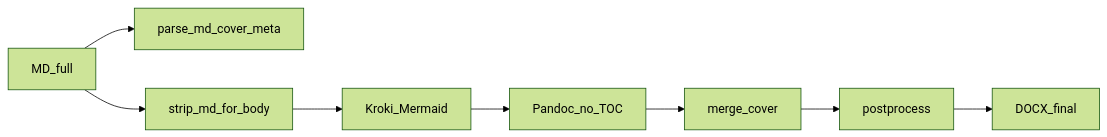
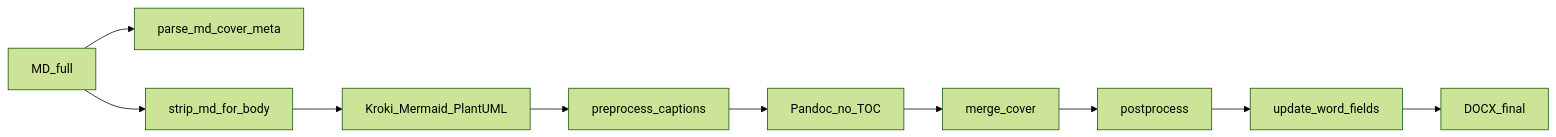
One commit to Agengkurnia/FSD-Generator-Engine changed the second of 2 diagrams in docs/STANDARD-FSD-GENERATION.md. Above: the diagram before and after it, drawn with Mermaid (forest theme). The commit also changed other lines of this file and 22 other files, not shown here.

````diff
--- a/docs/STANDARD-FSD-GENERATION.md
+++ b/docs/STANDARD-FSD-GENERATION.md
@@ -294,10 +415,12 @@
 ```mermaid
 flowchart LR
     A[MD_full] --> B[parse_md_cover_meta]
     A --> C[strip_md_for_body]
-    C --> D[Kroki_Mermaid]
-    D --> E[Pandoc_no_TOC]
-    E --> F[merge_cover]
-    F --> G[postprocess]
-    G --> H[DOCX_final]
+    C --> D[Kroki_Mermaid_PlantUML]
+    D --> E[preprocess_captions]
+    E --> F[Pandoc_no_TOC]
+    F --> G[merge_cover]
+    G --> H[postprocess]
+    H --> I[update_word_fields]
+    I --> J[DOCX_final]
 ```
````
